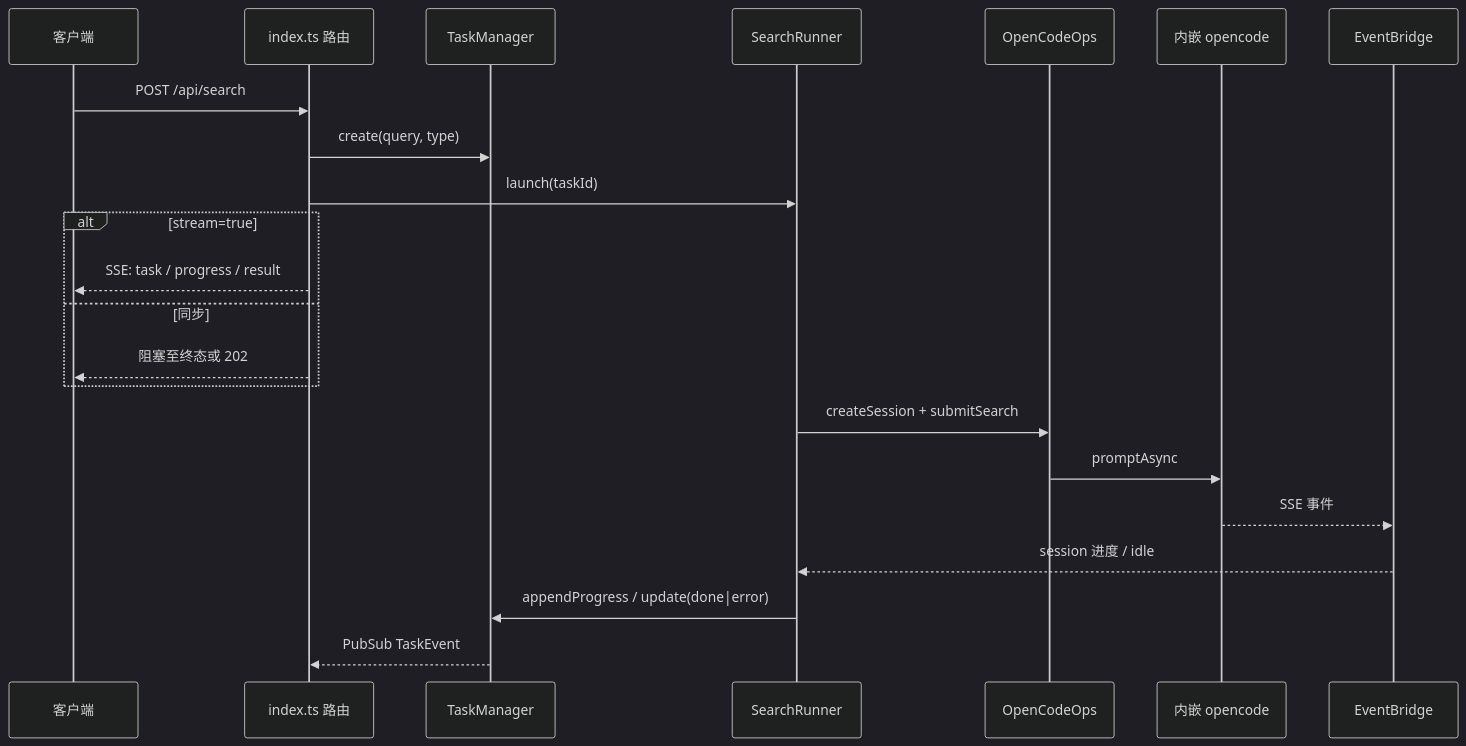
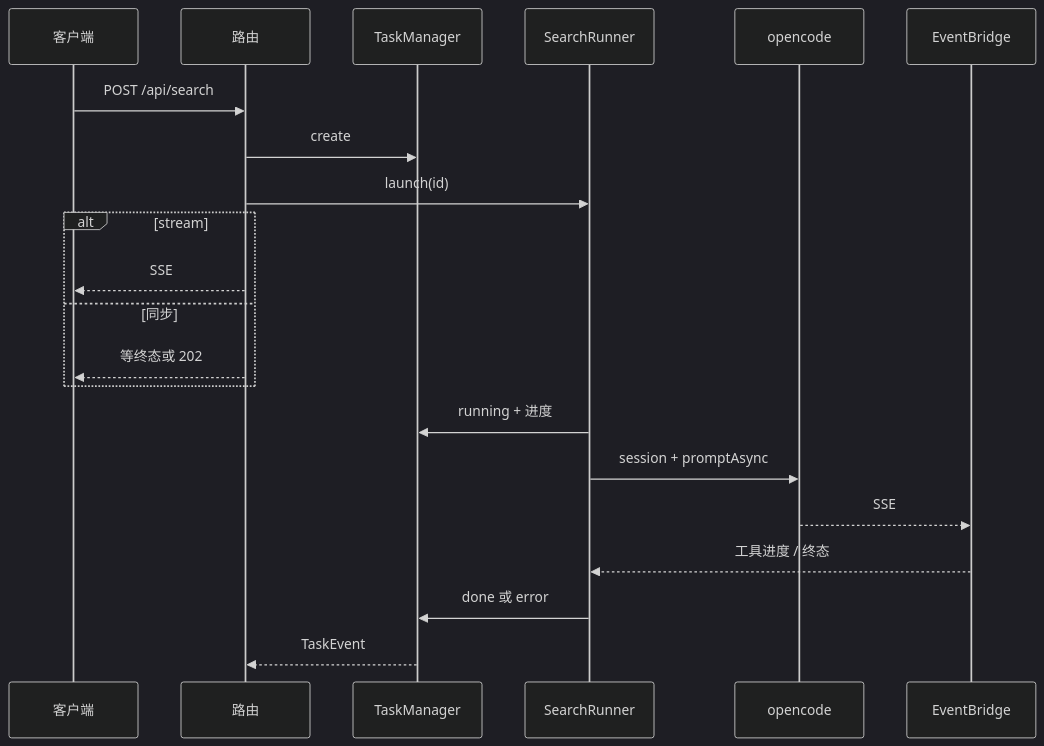
The fourth of 4 diagrams in docs/architecture.md (Cn-Asukai/search-agent), drawn with Mermaid (dark theme) before and after one commit. The commit also changed other lines of this file, not shown here.

First line of the commit message:
Rewrite architecture docs around roles and the two event buses.

````diff
--- a/docs/architecture.md
+++ b/docs/architecture.md
@@ -161,25 +89,24 @@
 ```mermaid
 sequenceDiagram
   participant C as 客户端
-  participant H as index.ts 路由
+  participant H as 路由
   participant T as TaskManager
   participant R as SearchRunner
-  participant O as OpenCodeOps
-  participant S as 内嵌 opencode
+  participant O as opencode
   participant B as EventBridge
 
   C->>H: POST /api/search
-  H->>T: create(query, type)
-  H->>R: launch(taskId)
-  alt stream=true
-    H-->>C: SSE: task / progress / result
+  H->>T: create
+  H->>R: launch(id)
+  alt stream
+    H-->>C: SSE
   else 同步
-    H-->>C: 阻塞至终态或 202
+    H-->>C: 等终态或 202
   end
-  R->>O: createSession + submitSearch
-  O->>S: promptAsync
-  S-->>B: SSE 事件
-  B-->>R: session 进度 / idle
-  R->>T: appendProgress / update(done|error)
-  T-->>H: PubSub TaskEvent
+  R->>T: running + 进度
+  R->>O: session + promptAsync
+  O-->>B: SSE
+  B-->>R: 工具进度 / 终态
+  R->>T: done 或 error
+  T-->>H: TaskEvent
 ```
````
